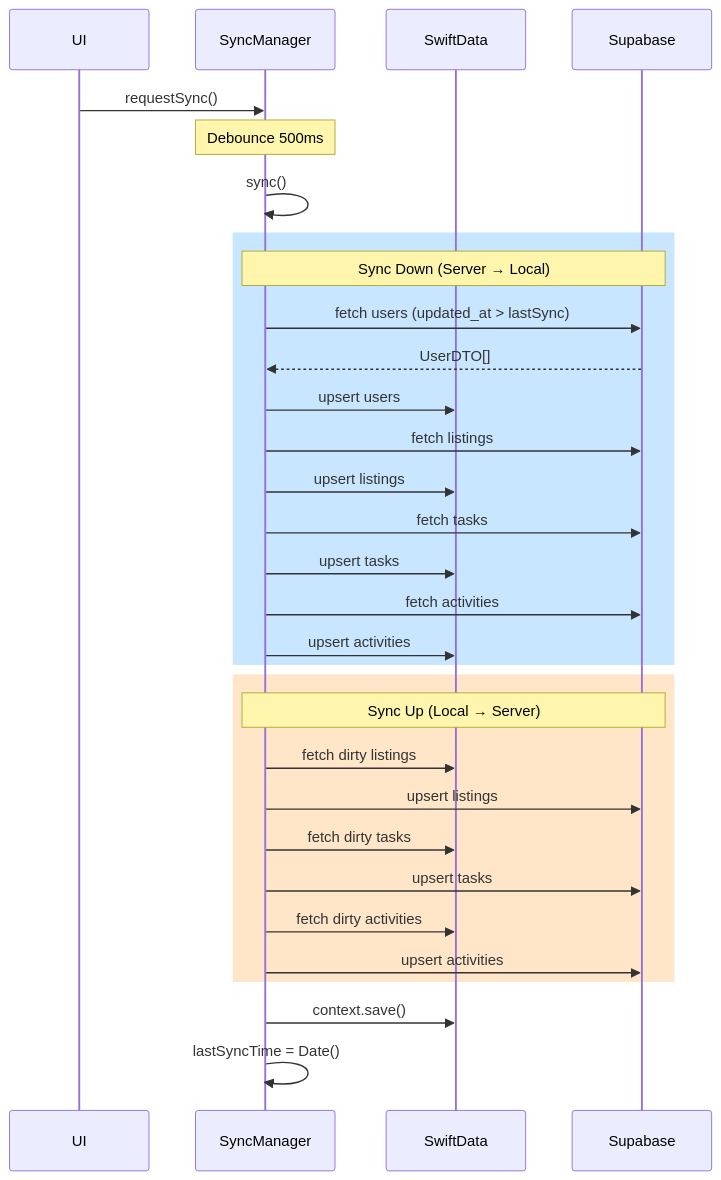
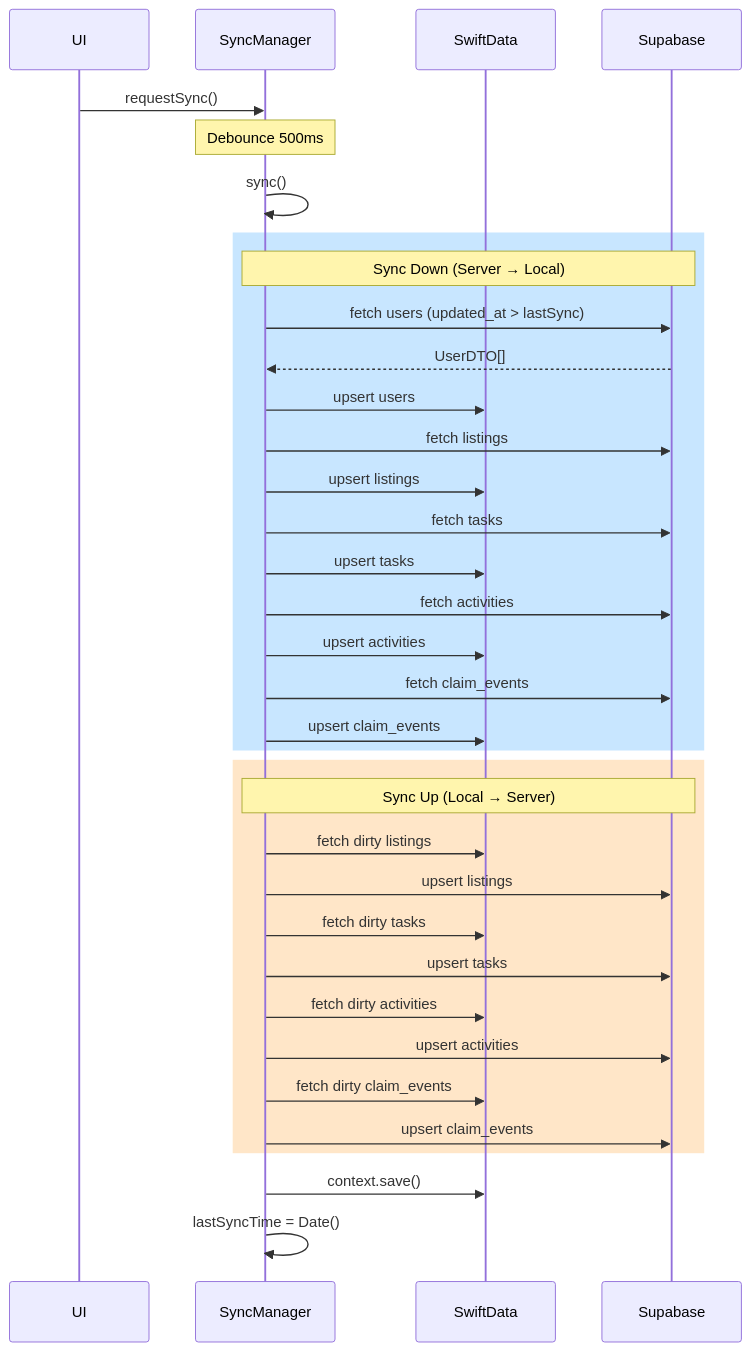
The third of 3 diagrams in DATA_SYSTEM.md (ArchieOS-org/Dispatch), drawn with Mermaid before and after one commit. The commit also changed other lines of this file, not shown here.

First line of the commit message:
docs: update DATA_SYSTEM.md with ClaimEvent sync support

````diff
--- a/DATA_SYSTEM.md
+++ b/DATA_SYSTEM.md
@@ -617,37 +619,41 @@
 ```mermaid
 sequenceDiagram
     participant UI
     participant SyncManager
     participant SwiftData
     participant Supabase
 
     UI->>SyncManager: requestSync()
     Note over SyncManager: Debounce 500ms
     SyncManager->>SyncManager: sync()
 
     rect rgb(200, 230, 255)
         Note over SyncManager,Supabase: Sync Down (Server → Local)
         SyncManager->>Supabase: fetch users (updated_at > lastSync)
         Supabase-->>SyncManager: UserDTO[]
         SyncManager->>SwiftData: upsert users
         SyncManager->>Supabase: fetch listings
         SyncManager->>SwiftData: upsert listings
         SyncManager->>Supabase: fetch tasks
         SyncManager->>SwiftData: upsert tasks
         SyncManager->>Supabase: fetch activities
         SyncManager->>SwiftData: upsert activities
+        SyncManager->>Supabase: fetch claim_events
+        SyncManager->>SwiftData: upsert claim_events
     end
 
     rect rgb(255, 230, 200)
         Note over SyncManager,Supabase: Sync Up (Local → Server)
         SyncManager->>SwiftData: fetch dirty listings
         SyncManager->>Supabase: upsert listings
         SyncManager->>SwiftData: fetch dirty tasks
         SyncManager->>Supabase: upsert tasks
         SyncManager->>SwiftData: fetch dirty activities
         SyncManager->>Supabase: upsert activities
+        SyncManager->>SwiftData: fetch dirty claim_events
+        SyncManager->>Supabase: upsert claim_events
     end
 
     SyncManager->>SwiftData: context.save()
     SyncManager->>SyncManager: lastSyncTime = Date()
 ```
````
